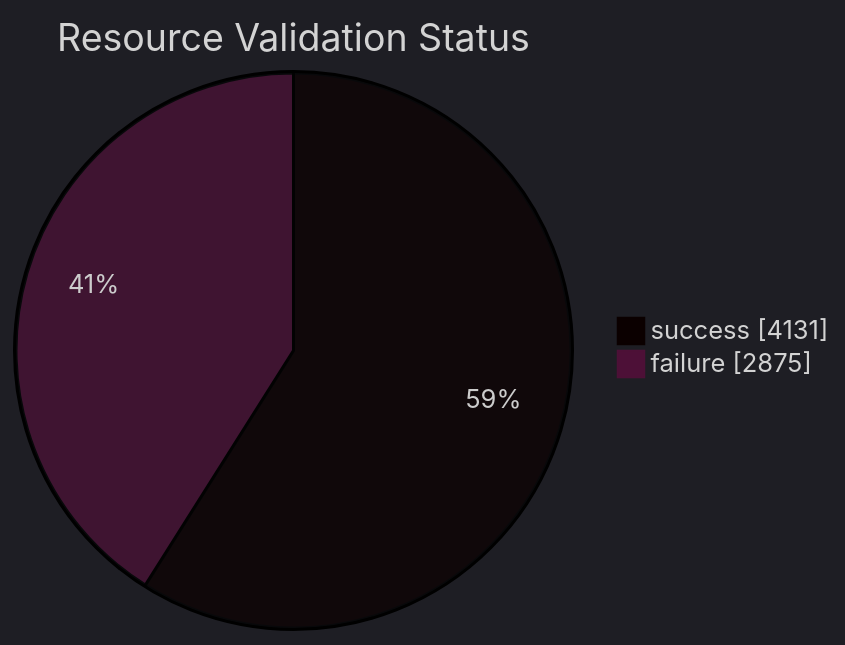
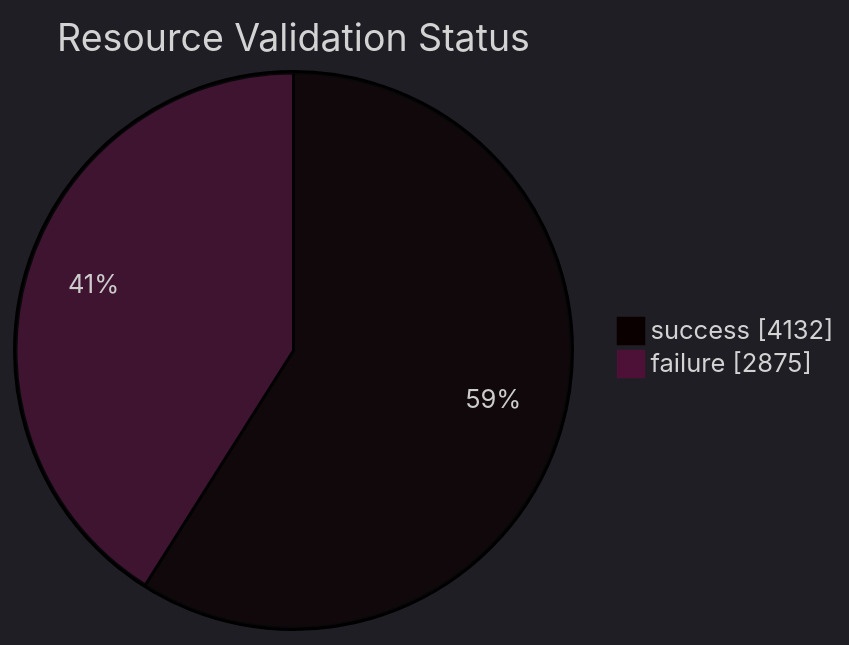
Before and after one commit to open-data/analytics-corporate-reporting: the diagram in datastore_tracker/resource_validation_status_pie_chart.md, drawn with Mermaid. The commit also changed 11 other files, not shown here.

````diff
--- a/datastore_tracker/resource_validation_status_pie_chart.md
+++ b/datastore_tracker/resource_validation_status_pie_chart.md
@@ -2,9 +2,9 @@
 ```mermaid
 ---
 config:
   theme: dark
 ---
 pie showData title Resource Validation Status
-    "success": 4131
+    "success": 4132
     "failure": 2875
 ```
````
